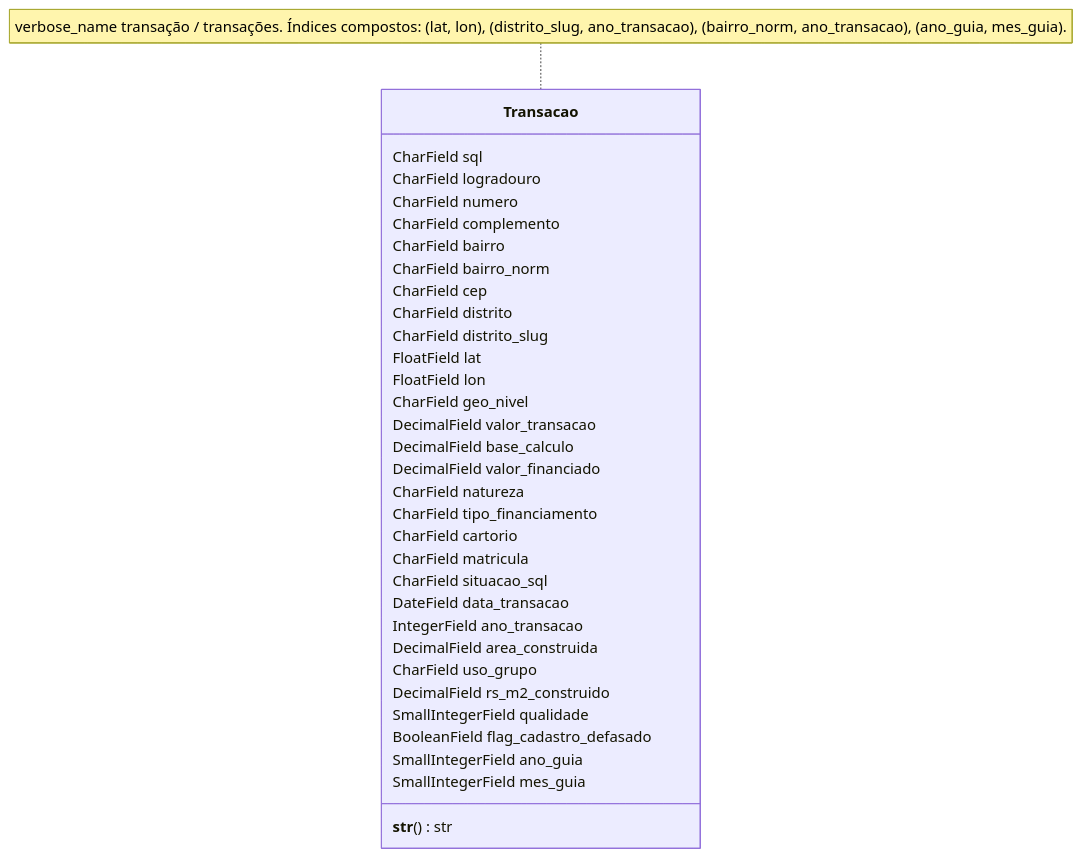
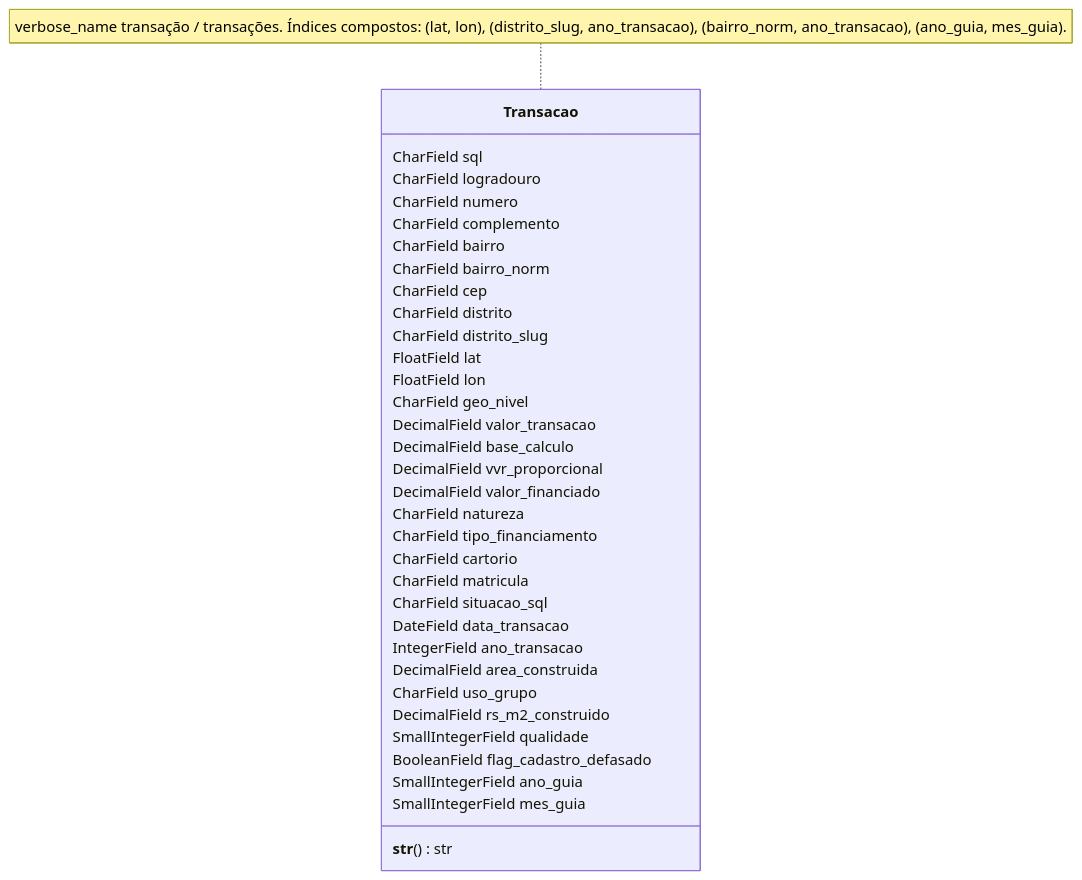
Before and after one commit to patrick-univesp/projeto-integrador-2-radarmoradiasp: the sixth of 6 diagrams in docs/modelo-transacao.md, drawn with Mermaid. The commit also changed other lines of this file and 7 other files, not shown here.

````diff
--- a/docs/modelo-transacao.md
+++ b/docs/modelo-transacao.md
@@ -259,36 +260,37 @@
 ```mermaid
 classDiagram
     class Transacao {
         CharField sql
         CharField logradouro
         CharField numero
         CharField complemento
         CharField bairro
         CharField bairro_norm
         CharField cep
         CharField distrito
         CharField distrito_slug
         FloatField lat
         FloatField lon
         CharField geo_nivel
         DecimalField valor_transacao
         DecimalField base_calculo
+        DecimalField vvr_proporcional
         DecimalField valor_financiado
         CharField natureza
         CharField tipo_financiamento
         CharField cartorio
         CharField matricula
         CharField situacao_sql
         DateField data_transacao
         IntegerField ano_transacao
         DecimalField area_construida
         CharField uso_grupo
         DecimalField rs_m2_construido
         SmallIntegerField qualidade
         BooleanField flag_cadastro_defasado
         SmallIntegerField ano_guia
         SmallIntegerField mes_guia
         __str__() str
     }
     note for Transacao "verbose_name transação / transações. Índices compostos: (lat, lon), (distrito_slug, ano_transacao), (bairro_norm, ano_transacao), (ano_guia, mes_guia)."
 ```
````
